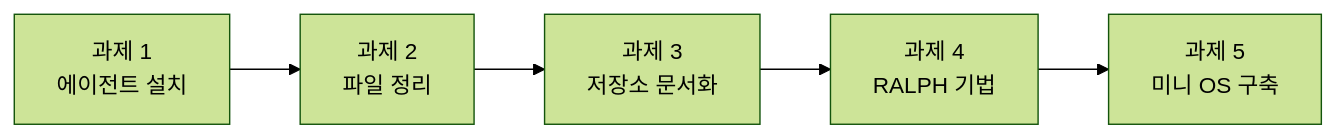
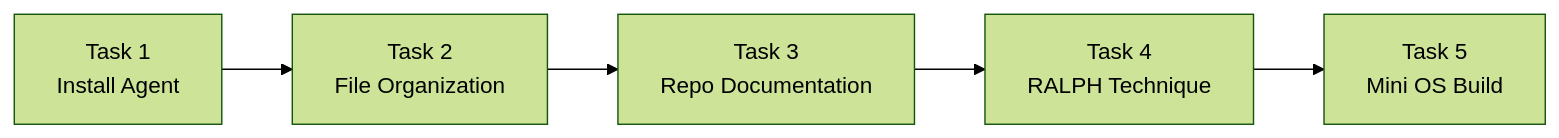
Before and after one commit to Choroning/26Spring_Operating-Systems: the first of 3 diagrams in W01_Introduction-to-Operating-Systems/Concepts-Lab.md, drawn with Mermaid (forest theme). The commit also changed other lines of this file and 22 other files, not shown here.

````diff
--- a/W01_Introduction-to-Operating-Systems/Concepts-Lab.md
+++ b/W01_Introduction-to-Operating-Systems/Concepts-Lab.md
@@ -33,7 +33,7 @@
 ```mermaid
 graph LR
-    T1["과제 1<br/>에이전트 설치"] --> T2["과제 2<br/>파일 정리"]
-    T2 --> T3["과제 3<br/>저장소 문서화"]
-    T3 --> T4["과제 4<br/>RALPH 기법"]
-    T4 --> T5["과제 5<br/>미니 OS 구축"]
+    T1["Task 1<br/>Install Agent"] --> T2["Task 2<br/>File Organization"]
+    T2 --> T3["Task 3<br/>Repo Documentation"]
+    T3 --> T4["Task 4<br/>RALPH Technique"]
+    T4 --> T5["Task 5<br/>Mini OS Build"]
 ```
````
